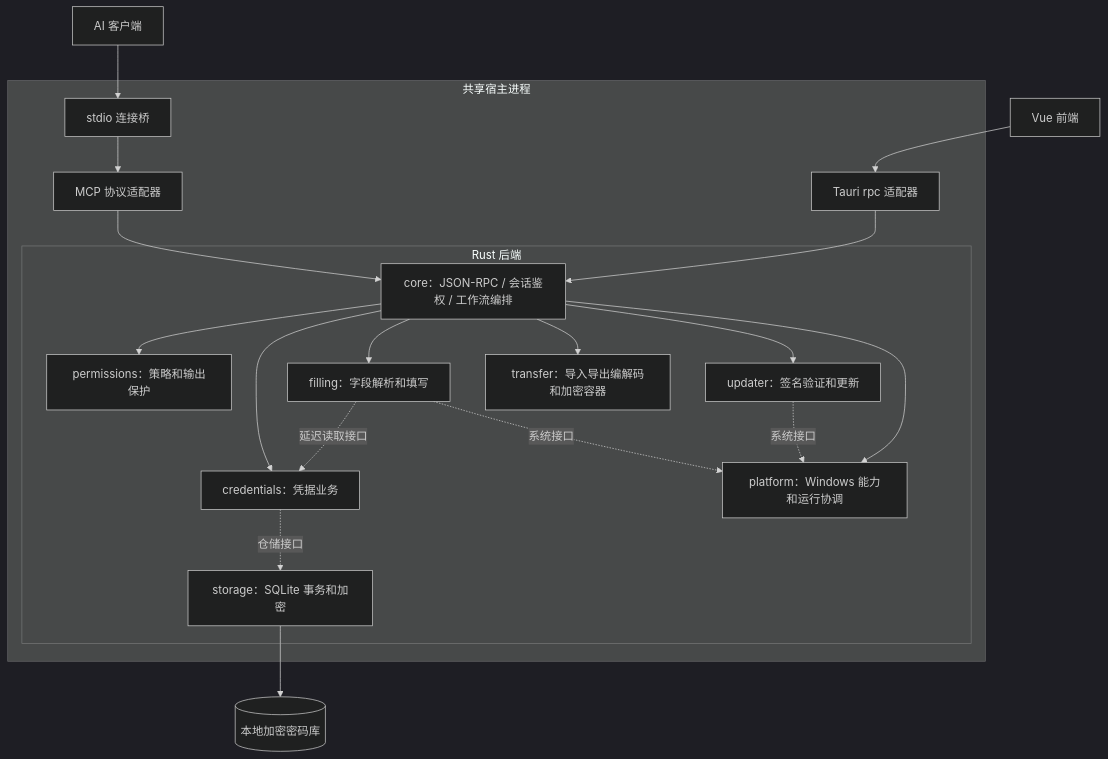
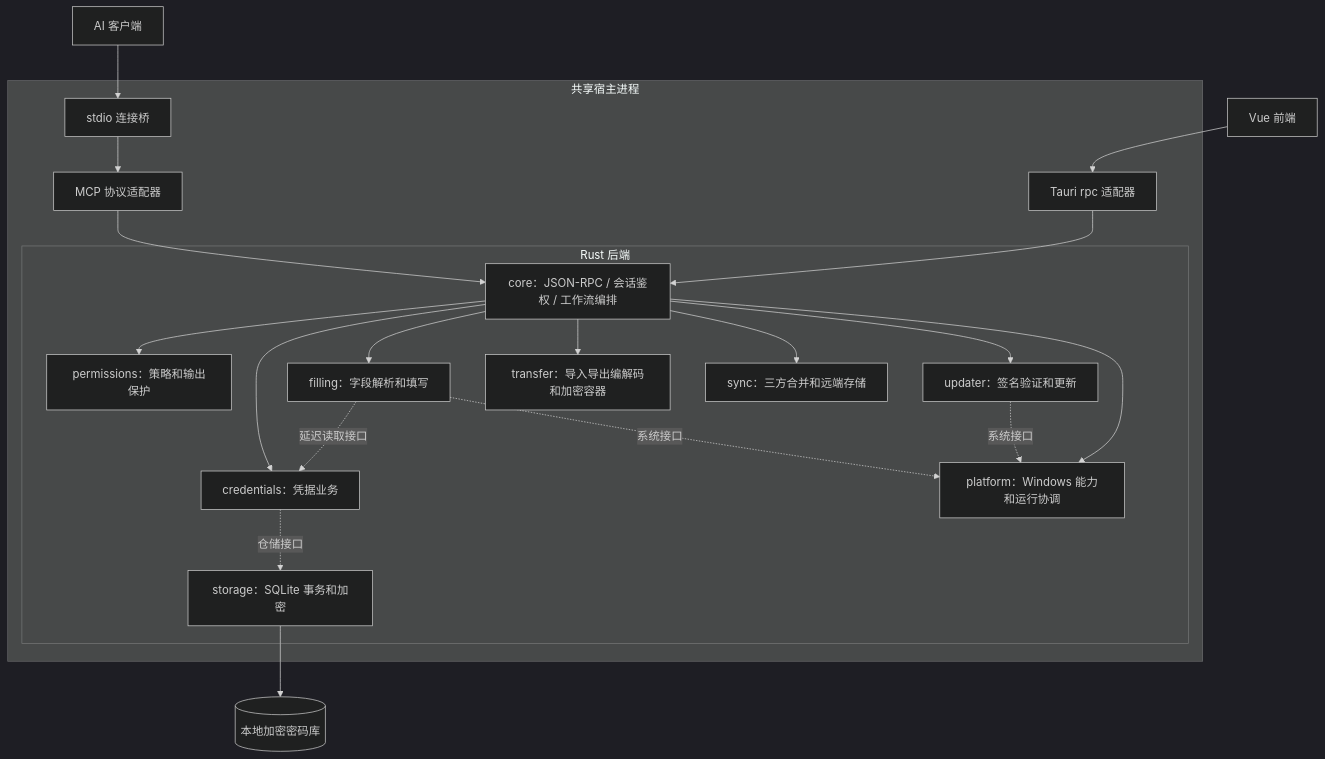
One commit to panda-student/vault changed the diagram in docs/ARCHITECTURE.md. Above: the diagram before and after it, drawn with Mermaid (dark theme). The commit also changed other lines of this file and 100 other files, not shown here.

````diff
--- a/docs/ARCHITECTURE.md
+++ b/docs/ARCHITECTURE.md
@@ -5,24 +5,25 @@
 ```mermaid
 flowchart TD
   UI[Vue 前端] --> Tauri[Tauri rpc 适配器]
   AI[AI 客户端] --> Bridge[stdio 连接桥]
   subgraph Host[共享宿主进程]
     Tauri --> Core
     Bridge --> MCP[MCP 协议适配器]
     MCP --> Core
     subgraph Rust[Rust 后端]
       Core[core：JSON-RPC / 会话鉴权 / 工作流编排]
       Core --> Permission[permissions：策略和输出保护]
       Core --> Credential[credentials：凭据业务]
       Core --> Filling[filling：字段解析和填写]
       Core --> Transfer[transfer：导入导出编解码和加密容器]
+      Core --> Sync[sync：三方合并和远端存储]
       Core --> Update[updater：签名验证和更新]
       Core --> Platform[platform：Windows 能力和运行协调]
       Credential -. 仓储接口 .-> Storage[storage：SQLite 事务和加密]
       Filling -. 延迟读取接口 .-> Credential
       Filling -. 系统接口 .-> Platform
       Update -. 系统接口 .-> Platform
     end
   end
   Storage --> DB[(本地加密密码库)]
 ```
````
